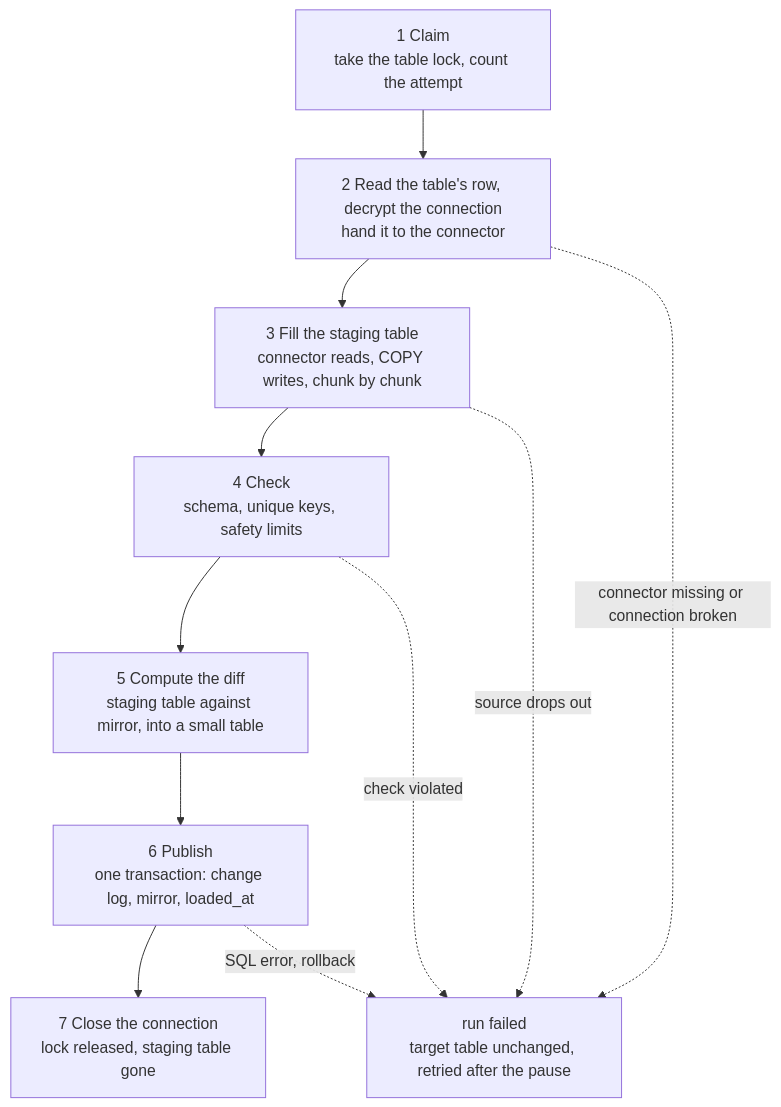
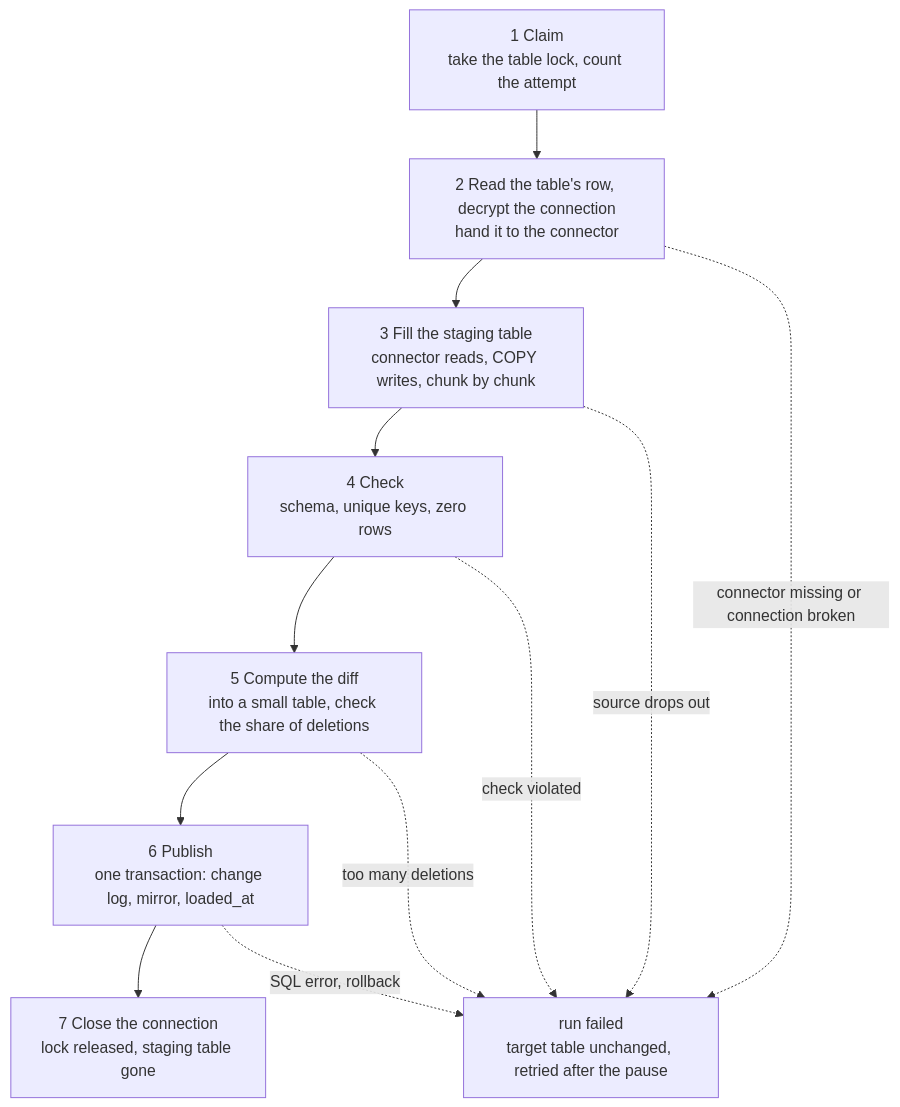
The second of 5 diagrams in README.md (romanhaendler/rowvioli), drawn with Mermaid before and after one commit. The commit also changed other lines of this file and 5 other files, not shown here.

````diff
--- a/README.md
+++ b/README.md
@@ -212,14 +216,15 @@
 ```mermaid
 flowchart TD
     A["1 Claim<br/>take the table lock, count the attempt"] --> B["2 Read the table's row, decrypt the connection<br/>hand it to the connector"]
     B --> C["3 Fill the staging table<br/>connector reads, COPY writes, chunk by chunk"]
-    C --> D["4 Check<br/>schema, unique keys, safety limits"]
-    D --> E["5 Compute the diff<br/>staging table against mirror, into a small table"]
+    C --> D["4 Check<br/>schema, unique keys, zero rows"]
+    D --> E["5 Compute the diff<br/>into a small table, check the share of deletions"]
     E --> F["6 Publish<br/>one transaction: change log, mirror, loaded_at"]
     F --> G["7 Close the connection<br/>lock released, staging table gone"]
 
     B -.->|connector missing or connection broken| X["run failed<br/>target table unchanged, retried after the pause"]
     C -.->|source drops out| X
     D -.->|check violated| X
+    E -.->|too many deletions| X
     F -.->|SQL error, rollback| X
 ```
````
